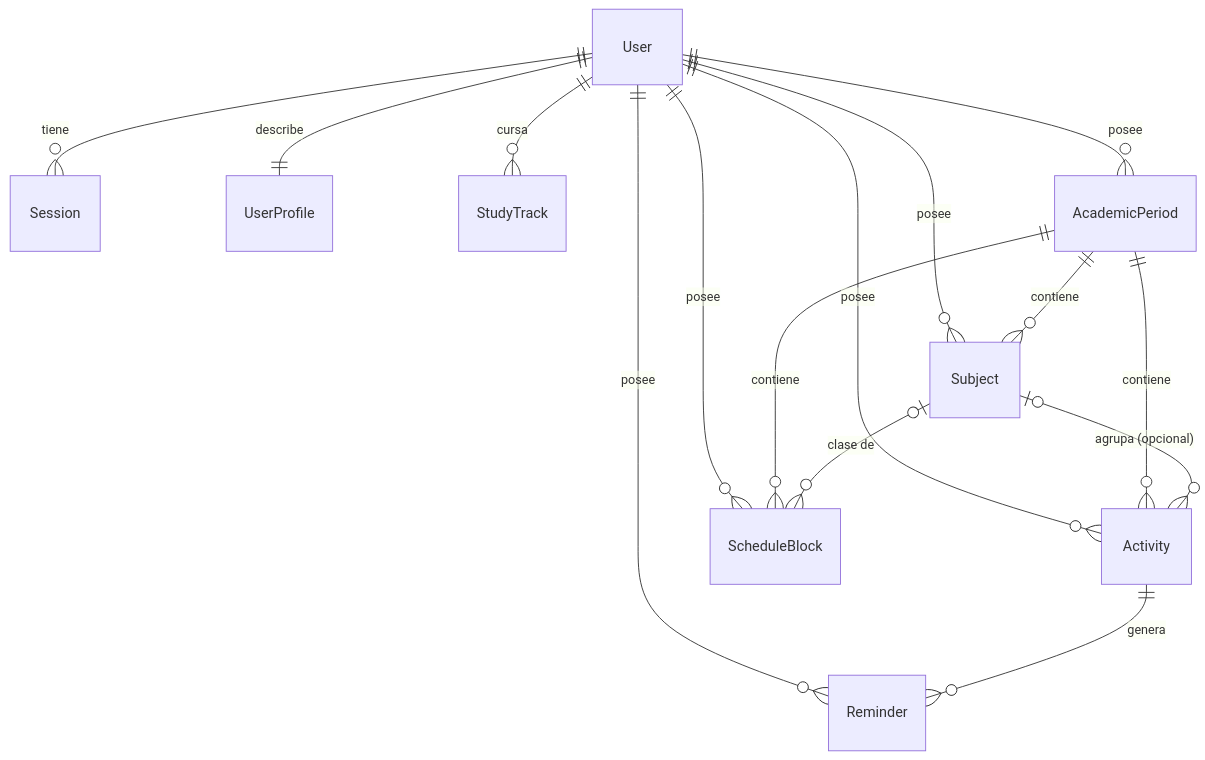
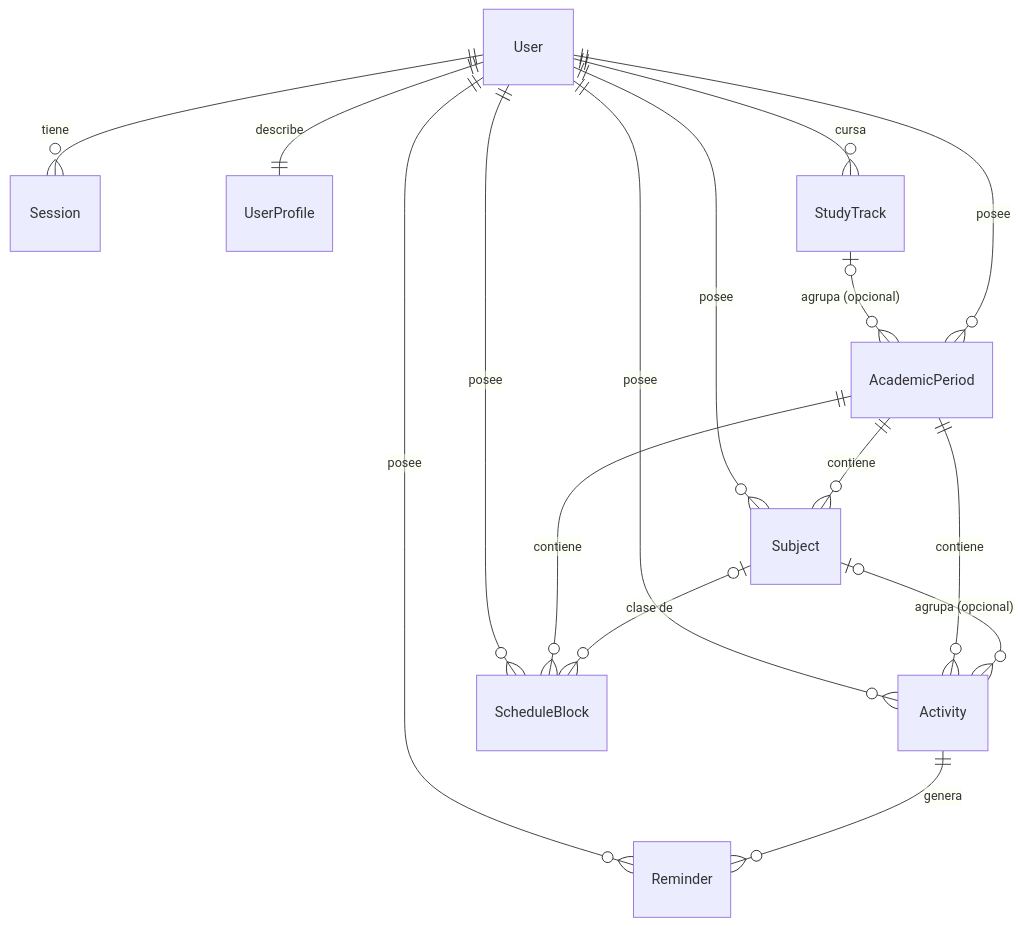
One commit to Maicolfelix/academic-planner changed the diagram in docs/data-model.md. Above: the diagram before and after it, drawn with Mermaid. The commit also changed other lines of this file and 11 other files, not shown here.

````diff
--- a/docs/data-model.md
+++ b/docs/data-model.md
@@ -7,17 +7,18 @@
 ```mermaid
 erDiagram
   User ||--o{ Session : tiene
   User ||--|| UserProfile : describe
   User ||--o{ StudyTrack : cursa
+  StudyTrack |o--o{ AcademicPeriod : "agrupa (opcional)"
   User ||--o{ AcademicPeriod : posee
   User ||--o{ Subject : posee
   User ||--o{ Activity : posee
   User ||--o{ ScheduleBlock : posee
   User ||--o{ Reminder : posee
   AcademicPeriod ||--o{ Subject : contiene
   AcademicPeriod ||--o{ ScheduleBlock : contiene
   AcademicPeriod ||--o{ Activity : contiene
   Subject |o--o{ Activity : "agrupa (opcional)"
   Subject |o--o{ ScheduleBlock : "clase de"
   Activity ||--o{ Reminder : genera
 ```
````
